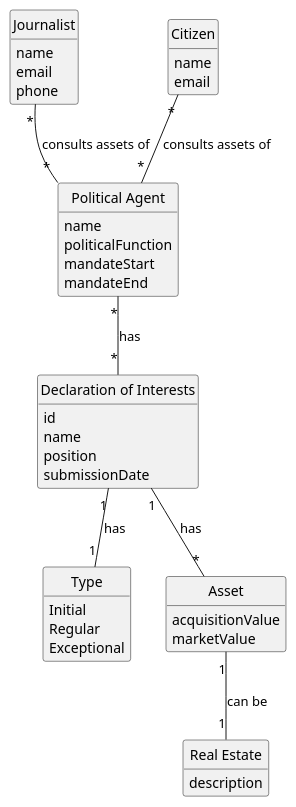
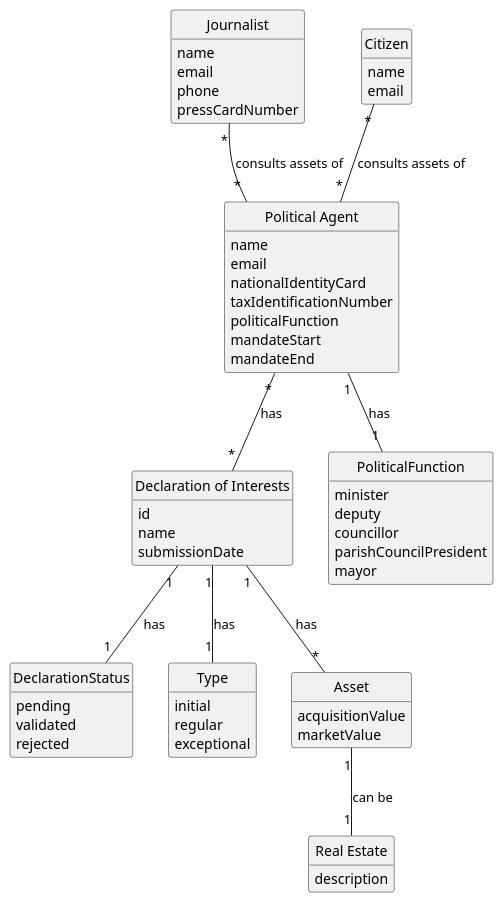
The diagram in docs/system-documentation/US11/02.analysis/US11-DM.puml (brunodspinto/crystal-clear-platform), drawn with PlantUML before and after one commit. The commit also changed 3 other files, not shown here.

```diff
--- a/docs/system-documentation/US11/02.analysis/US11-DM.puml
+++ b/docs/system-documentation/US11/02.analysis/US11-DM.puml
@@ -1,60 +1,80 @@
 @startuml US11-DM
 skinparam monochrome true
 skinparam packageStyle rectangle
 skinparam shadowing false
 skinparam classAttributeIconSize 0
 
 hide circle
 hide methods
 
 class Journalist {
     name
     email
     phone
+    pressCardNumber
 }
 
 class Citizen {
     name
     email
 }
 
 class "Political Agent" as PoliticalAgent {
     name
+    email
+    nationalIdentityCard
+    taxIdentificationNumber
     politicalFunction
     mandateStart
     mandateEnd
 }
 
 class "Declaration of Interests" as Declaration {
     id
     name
-    position
     submissionDate
 }
 
+enum DeclarationStatus {
+    pending
+    validated
+    rejected
+}
+
 enum Type {
-    Initial
-    Regular
-    Exceptional
+    initial
+    regular
+    exceptional
+}
+
+enum PoliticalFunction {
+    minister
+    deputy
+    councillor
+    parishCouncilPresident
+    mayor
 }
 
 class Asset {
     acquisitionValue
     marketValue
 }
 
 class "Real Estate" as RealEstate {
     description
 }
 
 Journalist "*" -- "*" PoliticalAgent : consults assets of
 Citizen "*" -- "*" PoliticalAgent : consults assets of
 
 PoliticalAgent "*" -- "*" Declaration : has
 
+PoliticalAgent "1" -- "1" PoliticalFunction : has
+
 Declaration "1" -- "1" Type : has
+Declaration "1" -- "1" DeclarationStatus : has
 Declaration "1" -- "*" Asset : has
 
 Asset "1" -- "1" RealEstate : can be
 
 @enduml
```
